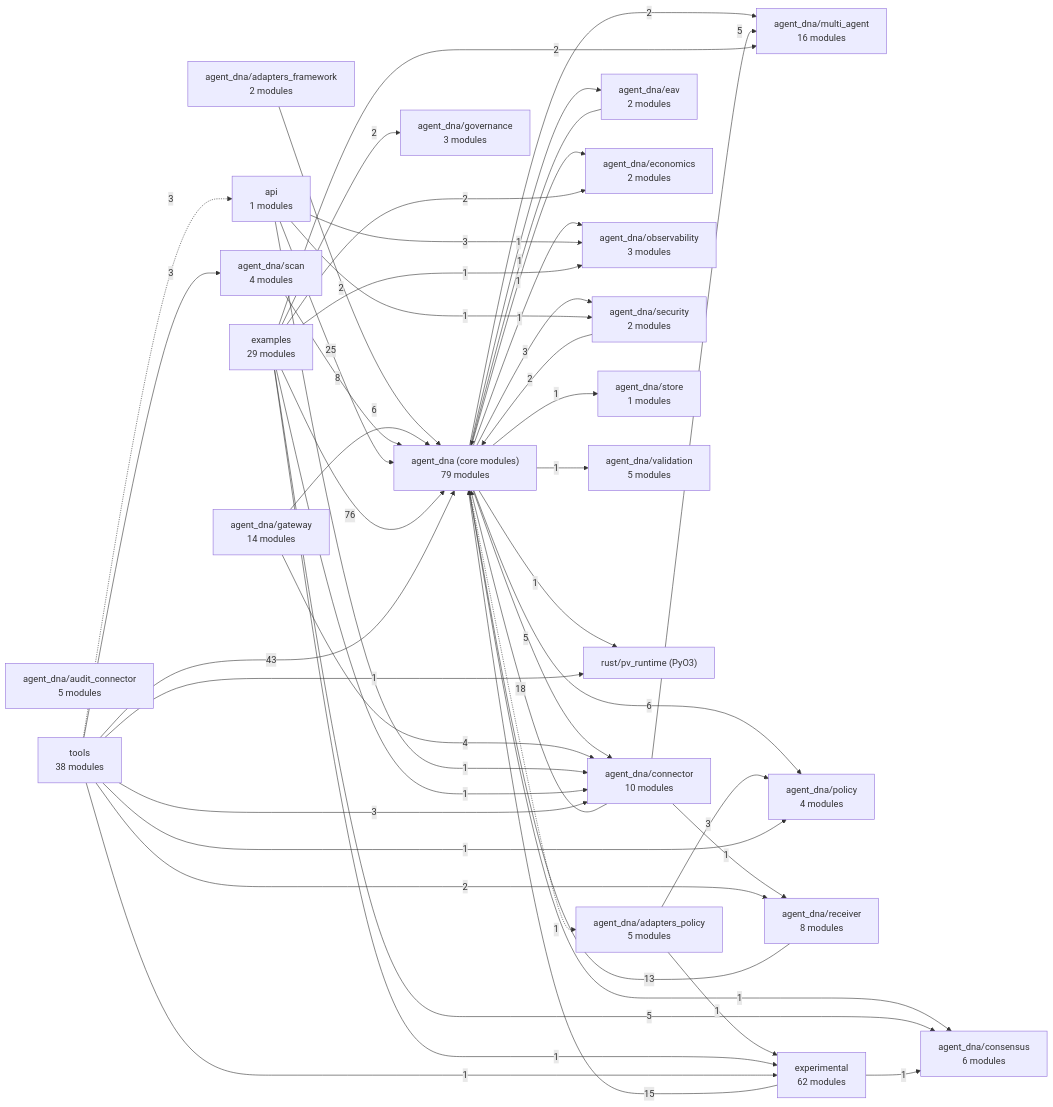
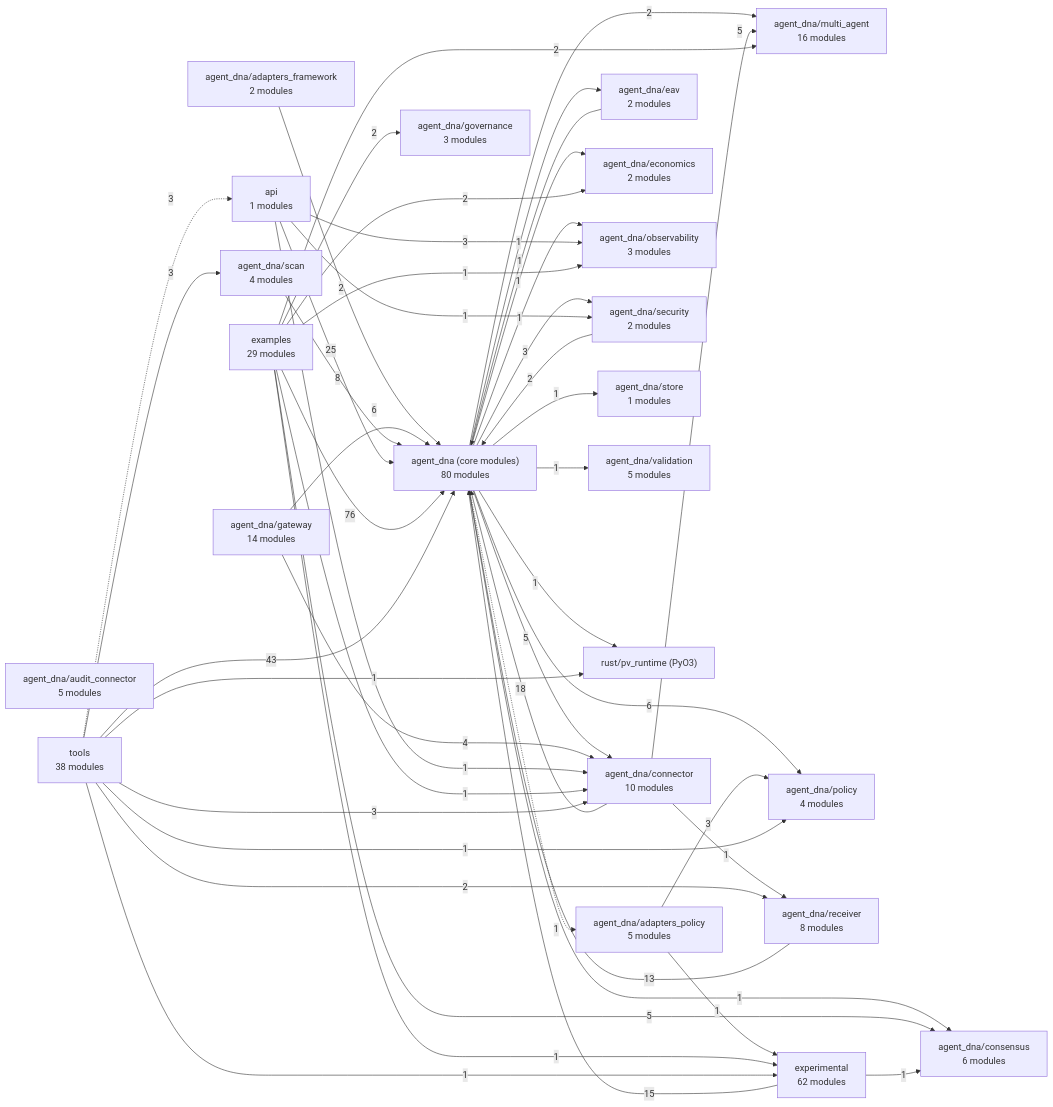
The diagram in docs/architecture/MAP.md (LOLA0786/privatevault-agent-dna), drawn with Mermaid before and after one commit. The commit also changed other lines of this file and 20 other files, not shown here.

````diff
--- a/docs/architecture/MAP.md
+++ b/docs/architecture/MAP.md
@@ -7,72 +7,72 @@
 ```mermaid
 flowchart LR
-  n0["agent_dna (core modules)<br/>79 modules"]
+  n0["agent_dna (core modules)<br/>80 modules"]
   n1["agent_dna/adapters_framework<br/>2 modules"]
   n2["agent_dna/adapters_policy<br/>5 modules"]
   n3["agent_dna/audit_connector<br/>5 modules"]
   n4["agent_dna/connector<br/>10 modules"]
   n5["agent_dna/consensus<br/>6 modules"]
   n6["agent_dna/eav<br/>2 modules"]
   n7["agent_dna/economics<br/>2 modules"]
   n8["agent_dna/gateway<br/>14 modules"]
   n9["agent_dna/governance<br/>3 modules"]
   n10["agent_dna/multi_agent<br/>16 modules"]
   n11["agent_dna/observability<br/>3 modules"]
   n12["agent_dna/policy<br/>4 modules"]
   n13["agent_dna/receiver<br/>8 modules"]
   n14["agent_dna/scan<br/>4 modules"]
   n15["agent_dna/security<br/>2 modules"]
   n16["agent_dna/store<br/>1 modules"]
   n17["agent_dna/validation<br/>5 modules"]
   n18["api<br/>1 modules"]
   n19["examples<br/>29 modules"]
   n20["experimental<br/>62 modules"]
   n21["rust/pv_runtime (PyO3)"]
   n22["tools<br/>38 modules"]
   n0 -.->|1| n2
   n0 -->|5| n4
   n0 -->|1| n5
   n0 -->|1| n6
   n0 -->|1| n7
   n0 -->|2| n10
   n0 -->|1| n11
   n0 -->|6| n12
   n0 -->|3| n15
   n0 -->|1| n16
   n0 -->|1| n17
   n0 -->|1| n21
   n1 -->|2| n0
   n2 -->|3| n12
   n2 -->|1| n20
   n4 -->|18| n0
   n4 -->|5| n10
   n4 -->|1| n13
   n6 -->|1| n0
   n8 -->|6| n0
   n8 -->|4| n4
   n13 -->|13| n0
   n14 -->|8| n0
   n15 -->|2| n0
   n18 -->|25| n0
   n18 -->|1| n4
   n18 -->|3| n11
   n18 -->|1| n15
   n19 -->|76| n0
   n19 -->|1| n4
   n19 -->|5| n5
   n19 -->|2| n7
   n19 -->|2| n9
   n19 -->|2| n10
   n19 -->|1| n11
   n19 -->|1| n20
   n20 -->|15| n0
   n20 -->|1| n5
   n22 -->|43| n0
   n22 -->|3| n4
   n22 -->|1| n12
   n22 -->|2| n13
   n22 -->|3| n14
   n22 -.->|3| n18
   n22 -->|1| n20
   n22 -->|1| n21
 ```
````
